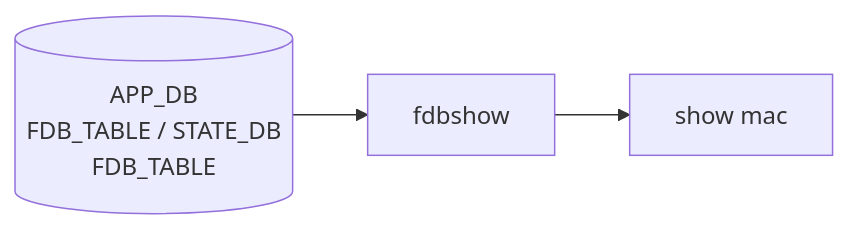
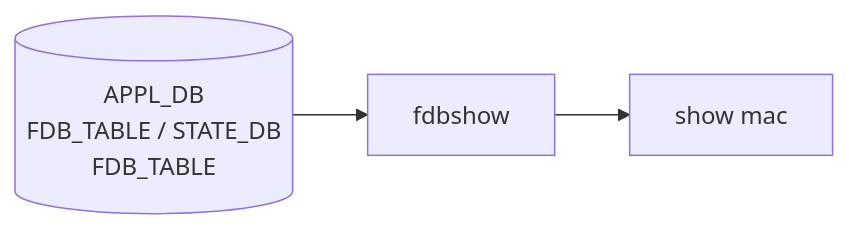
One commit to aoki-taquan/sonic-unofficial-docs changed the diagram in docs/reference/cli/show-mac.md. Above: the diagram before and after it, drawn with Mermaid. The commit also changed 4 other files, not shown here.

````diff
--- a/docs/reference/cli/show-mac.md
+++ b/docs/reference/cli/show-mac.md
@@ -160,7 +160,7 @@
 ```mermaid
 flowchart LR
   CLI["show mac"]
-  SRC0[("APP_DB<br/>FDB_TABLE / STATE_DB<br/>FDB_TABLE")]
+  SRC0[("APPL_DB<br/>FDB_TABLE / STATE_DB<br/>FDB_TABLE")]
   V0["fdbshow"]
   SRC0 --> V0 --> CLI
 ```
````
